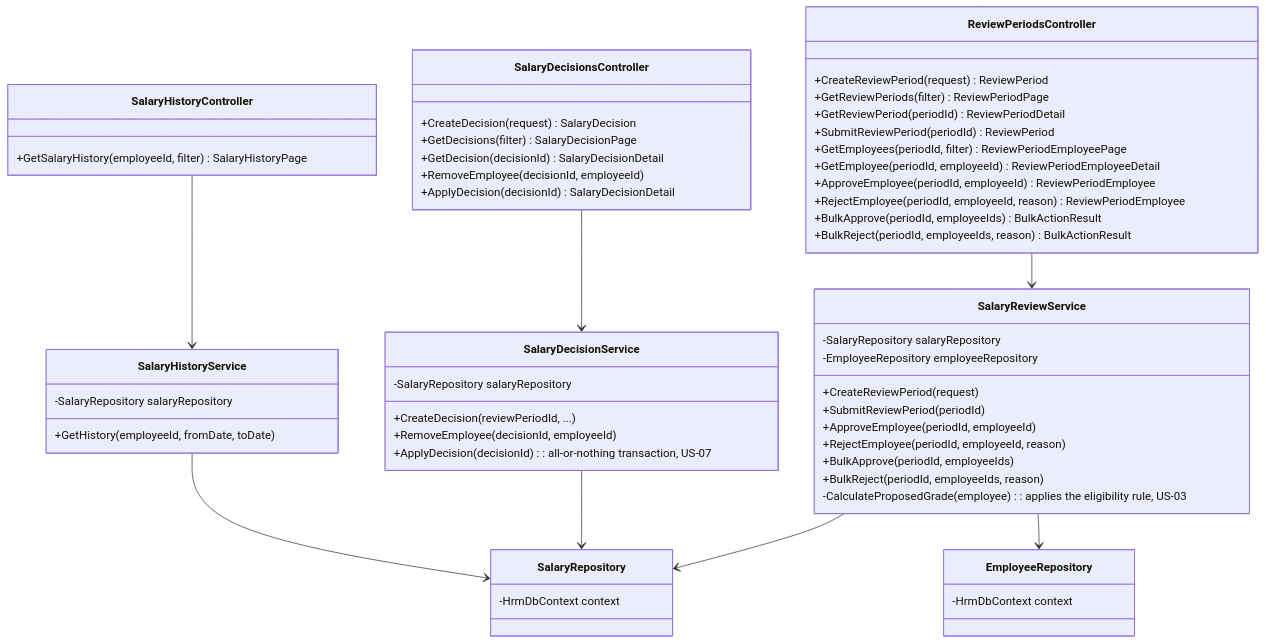
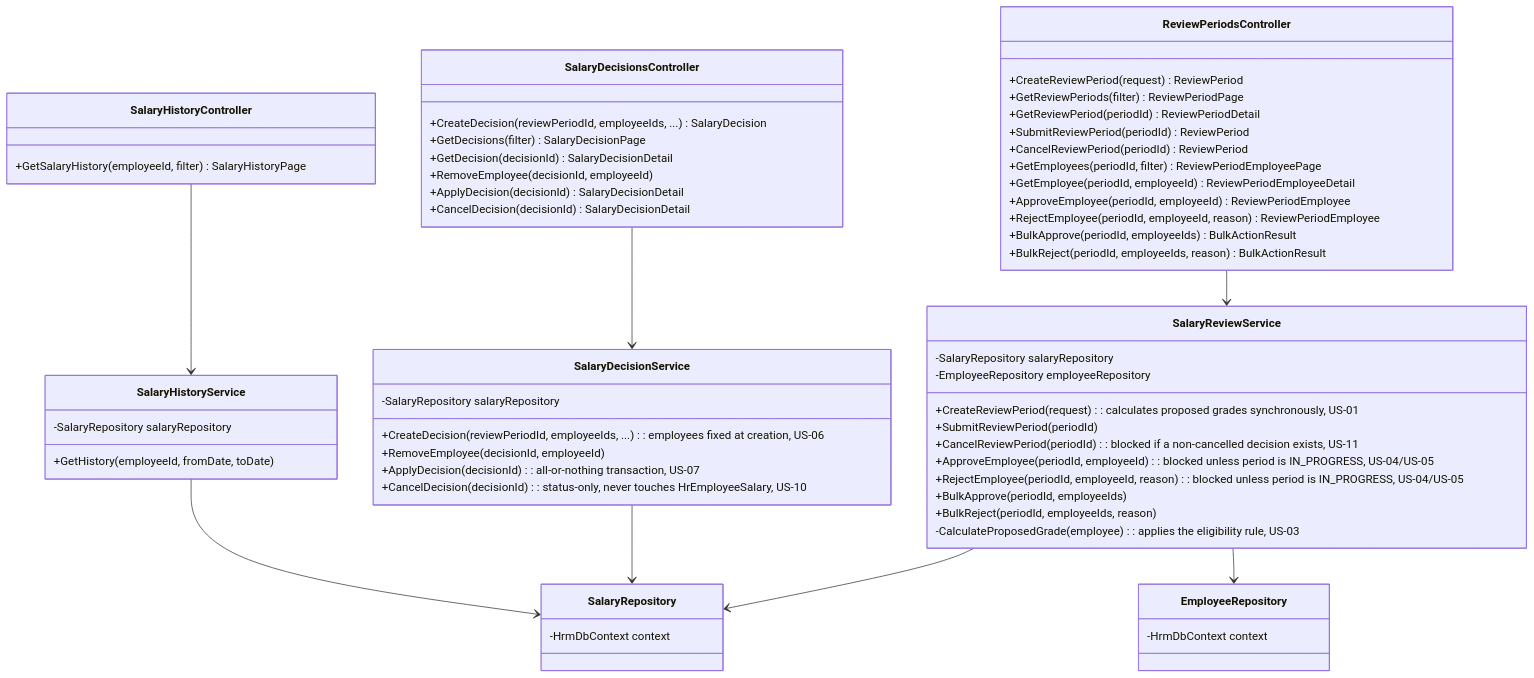
The second of 2 diagrams in Docs/DetailedDesign/ClassDiagram.md (sang2197/QuanLyNhanSu-NguyenVanSang), drawn with Mermaid before and after one commit. The commit also changed other lines of this file and 9 other files, not shown here.

First line of the commit message:
Bổ sung US-10/US-11 (Cancel Decision/Cancel Review Period), sửa gap Decision-Period

````diff
--- a/Docs/DetailedDesign/ClassDiagram.md
+++ b/Docs/DetailedDesign/ClassDiagram.md
@@ -110,62 +112,66 @@
 ```mermaid
 classDiagram
     class ReviewPeriodsController {
         +CreateReviewPeriod(request) ReviewPeriod
         +GetReviewPeriods(filter) ReviewPeriodPage
         +GetReviewPeriod(periodId) ReviewPeriodDetail
         +SubmitReviewPeriod(periodId) ReviewPeriod
+        +CancelReviewPeriod(periodId) ReviewPeriod
         +GetEmployees(periodId, filter) ReviewPeriodEmployeePage
         +GetEmployee(periodId, employeeId) ReviewPeriodEmployeeDetail
         +ApproveEmployee(periodId, employeeId) ReviewPeriodEmployee
         +RejectEmployee(periodId, employeeId, reason) ReviewPeriodEmployee
         +BulkApprove(periodId, employeeIds) BulkActionResult
         +BulkReject(periodId, employeeIds, reason) BulkActionResult
     }
     class SalaryDecisionsController {
-        +CreateDecision(request) SalaryDecision
+        +CreateDecision(reviewPeriodId, employeeIds, ...) SalaryDecision
         +GetDecisions(filter) SalaryDecisionPage
         +GetDecision(decisionId) SalaryDecisionDetail
         +RemoveEmployee(decisionId, employeeId)
         +ApplyDecision(decisionId) SalaryDecisionDetail
+        +CancelDecision(decisionId) SalaryDecisionDetail
     }
     class SalaryHistoryController {
         +GetSalaryHistory(employeeId, filter) SalaryHistoryPage
     }
 
     class SalaryReviewService {
         -SalaryRepository salaryRepository
         -EmployeeRepository employeeRepository
-        +CreateReviewPeriod(request)
+        +CreateReviewPeriod(request) : calculates proposed grades synchronously, US-01
         +SubmitReviewPeriod(periodId)
-        +ApproveEmployee(periodId, employeeId)
-        +RejectEmployee(periodId, employeeId, reason)
+        +CancelReviewPeriod(periodId) : blocked if a non-cancelled decision exists, US-11
+        +ApproveEmployee(periodId, employeeId) : blocked unless period is IN_PROGRESS, US-04/US-05
+        +RejectEmployee(periodId, employeeId, reason) : blocked unless period is IN_PROGRESS, US-04/US-05
         +BulkApprove(periodId, employeeIds)
         +BulkReject(periodId, employeeIds, reason)
         -CalculateProposedGrade(employee) : applies the eligibility rule, US-03
     }
     class SalaryDecisionService {
         -SalaryRepository salaryRepository
-        +CreateDecision(reviewPeriodId, ...)
+        +CreateDecision(reviewPeriodId, employeeIds, ...) : employees fixed at creation, US-06
         +RemoveEmployee(decisionId, employeeId)
         +ApplyDecision(decisionId) : all-or-nothing transaction, US-07
+        +CancelDecision(decisionId) : status-only, never touches HrEmployeeSalary, US-10
     }
     class SalaryHistoryService {
         -SalaryRepository salaryRepository
         +GetHistory(employeeId, fromDate, toDate)
     }
 
     class SalaryRepository {
         -HrmDbContext context
     }
     class EmployeeRepository {
         -HrmDbContext context
     }
 
     ReviewPeriodsController --> SalaryReviewService
     SalaryDecisionsController --> SalaryDecisionService
     SalaryHistoryController --> SalaryHistoryService
     SalaryReviewService --> SalaryRepository
     SalaryReviewService --> EmployeeRepository
     SalaryDecisionService --> SalaryRepository
     SalaryHistoryService --> SalaryRepository
 ```
````
